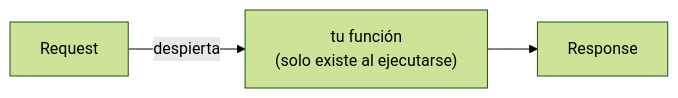
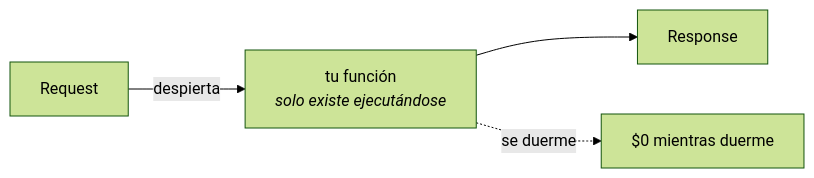
The diagram in capitulos/nu-05.qmd (TefaSalcedo/libro-desarrollo-web), drawn with Mermaid (forest theme) before and after one commit. The commit also changed other lines of this file and 4 other files, not shown here.

````diff
--- a/capitulos/nu-05.qmd
+++ b/capitulos/nu-05.qmd
@@ -29,4 +46,5 @@
 ```{mermaid}
 flowchart LR
-  R["Request"] -->|"despierta"| F["tu función<br/>(solo existe al ejecutarse)"] --> Res["Response"]
+  R["Request"] -->|"despierta"| F["tu función<br/><i>solo existe ejecutándose</i>"] --> Res["Response"]
+  F -.->|"se duerme"| Z["$0 mientras duerme"]
 ```
````
